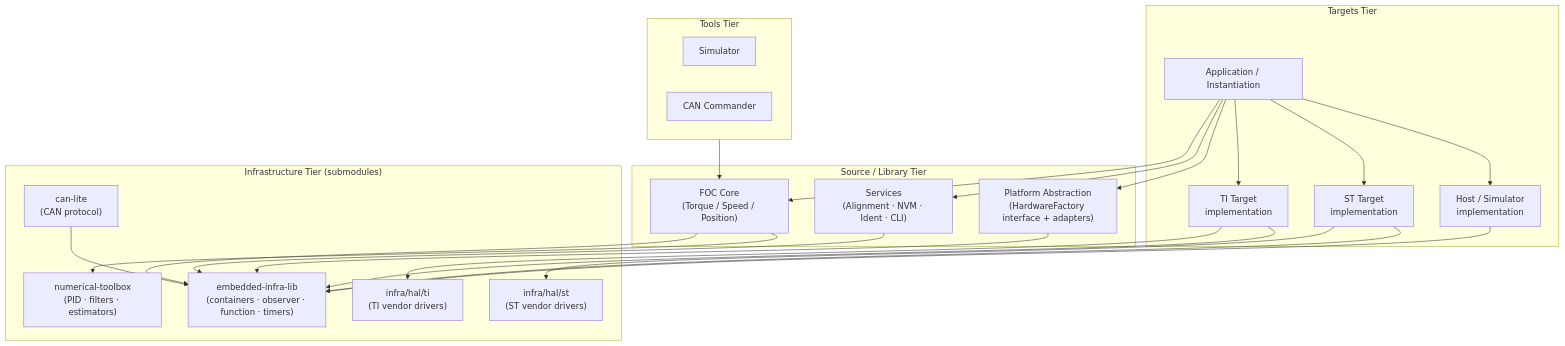
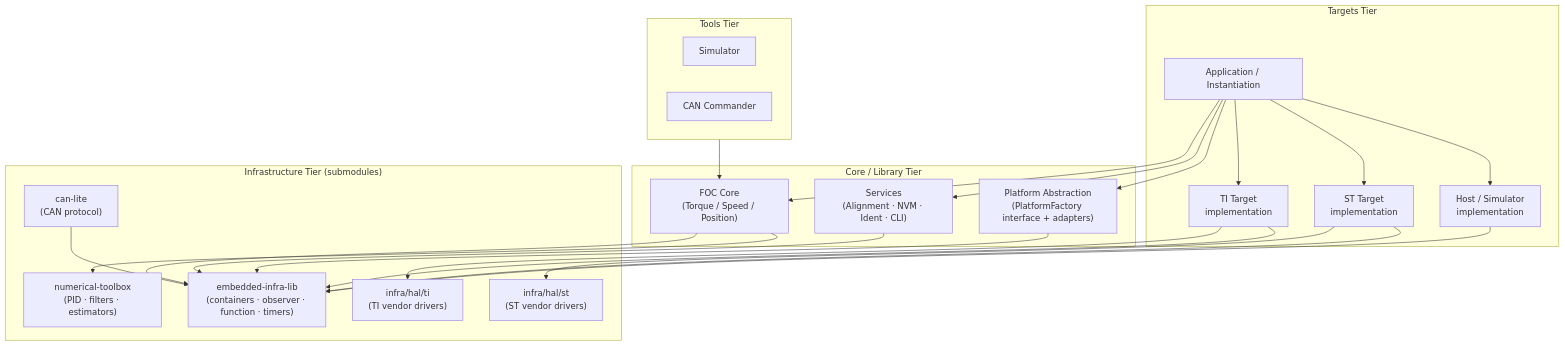
The first of 5 diagrams in documentation/architecture/system.md (embedded-pro/e-foc), drawn with Mermaid before and after one commit. The commit also changed other lines of this file and 241 other files, not shown here.

````diff
--- a/documentation/architecture/system.md
+++ b/documentation/architecture/system.md
@@ -54,46 +54,46 @@
 ```mermaid
 graph TD
     subgraph TARGETS["Targets Tier"]
         INST["Application / Instantiation"]
         PAL_TI["TI Target\nimplementation"]
         PAL_ST["ST Target\nimplementation"]
         PAL_HOST["Host / Simulator\nimplementation"]
     end
 
-    subgraph SRC["Source / Library Tier"]
+    subgraph SRC["Core / Library Tier"]
         SVC["Services\n(Alignment · NVM · Ident · CLI)"]
         FOC["FOC Core\n(Torque / Speed / Position)"]
-        HF["Platform Abstraction\n(HardwareFactory interface + adapters)"]
+        HF["Platform Abstraction\n(PlatformFactory interface + adapters)"]
     end
 
     subgraph INFRA["Infrastructure Tier (submodules)"]
         EMIL["embedded-infra-lib\n(containers · observer · function · timers)"]
         NT["numerical-toolbox\n(PID · filters · estimators)"]
         CAN["can-lite\n(CAN protocol)"]
         HAL_TI["infra/hal/ti\n(TI vendor drivers)"]
         HAL_ST["infra/hal/st\n(ST vendor drivers)"]
     end
 
     subgraph TOOLS["Tools Tier"]
         SIM["Simulator"]
         CANC["CAN Commander"]
     end
 
     INST --> FOC
     INST --> SVC
     INST --> HF
     INST --> PAL_TI
     INST --> PAL_ST
     INST --> PAL_HOST
     FOC --> EMIL
     FOC --> NT
     SVC --> EMIL
     HF --> EMIL
     PAL_TI --> HAL_TI
     PAL_ST --> HAL_ST
     PAL_HOST --> EMIL
     PAL_TI --> EMIL
     PAL_ST --> EMIL
     CAN --> EMIL
     TOOLS --> FOC
 ```
````
